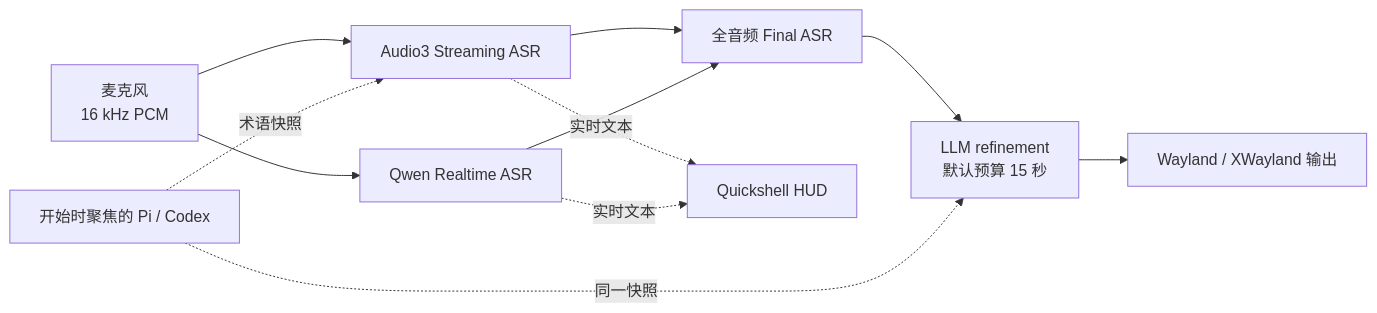
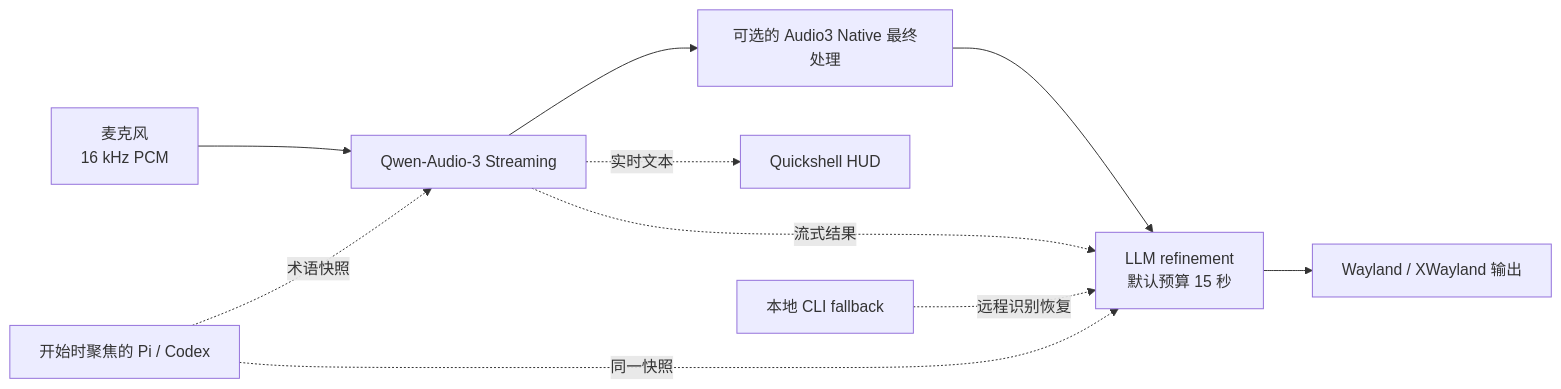
One commit to Saco93/voice-input changed the diagram in README.zh-CN.md. Above: the diagram before and after it, drawn with Mermaid. The commit also changed other lines of this file and 46 other files, not shown here.

````diff
--- a/README.zh-CN.md
+++ b/README.zh-CN.md
@@ -16,13 +16,12 @@
 ```mermaid
 flowchart LR
-    Mic[麦克风<br/>16 kHz PCM] --> A3[Audio3 Streaming ASR]
-    Mic --> QR[Qwen Realtime ASR]
-    A3 --> Final[全音频 Final ASR]
-    QR --> Final
+    Mic[麦克风<br/>16 kHz PCM] --> A3[Qwen-Audio-3 Streaming]
+    A3 --> Final[可选的 Audio3 Native 最终处理]
     Final --> LLM[LLM refinement<br/>默认预算 15 秒]
+    A3 -. 流式结果 .-> LLM
     LLM --> Out[Wayland / XWayland 输出]
     A3 -. 实时文本 .-> HUD[Quickshell HUD]
-    QR -. 实时文本 .-> HUD
+    Local[本地 CLI fallback] -. 远程识别恢复 .-> LLM
     Agent[开始时聚焦的 Pi / Codex] -. 术语快照 .-> A3
     Agent -. 同一快照 .-> LLM
 ```
````
